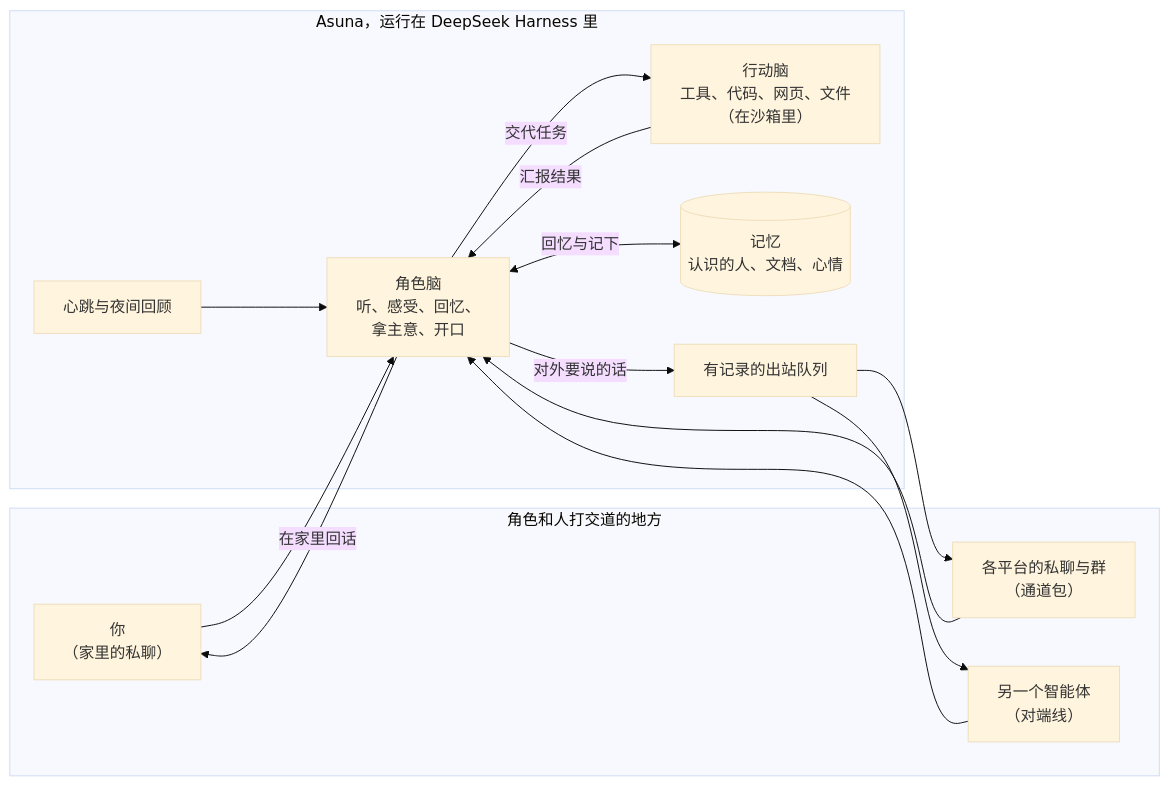
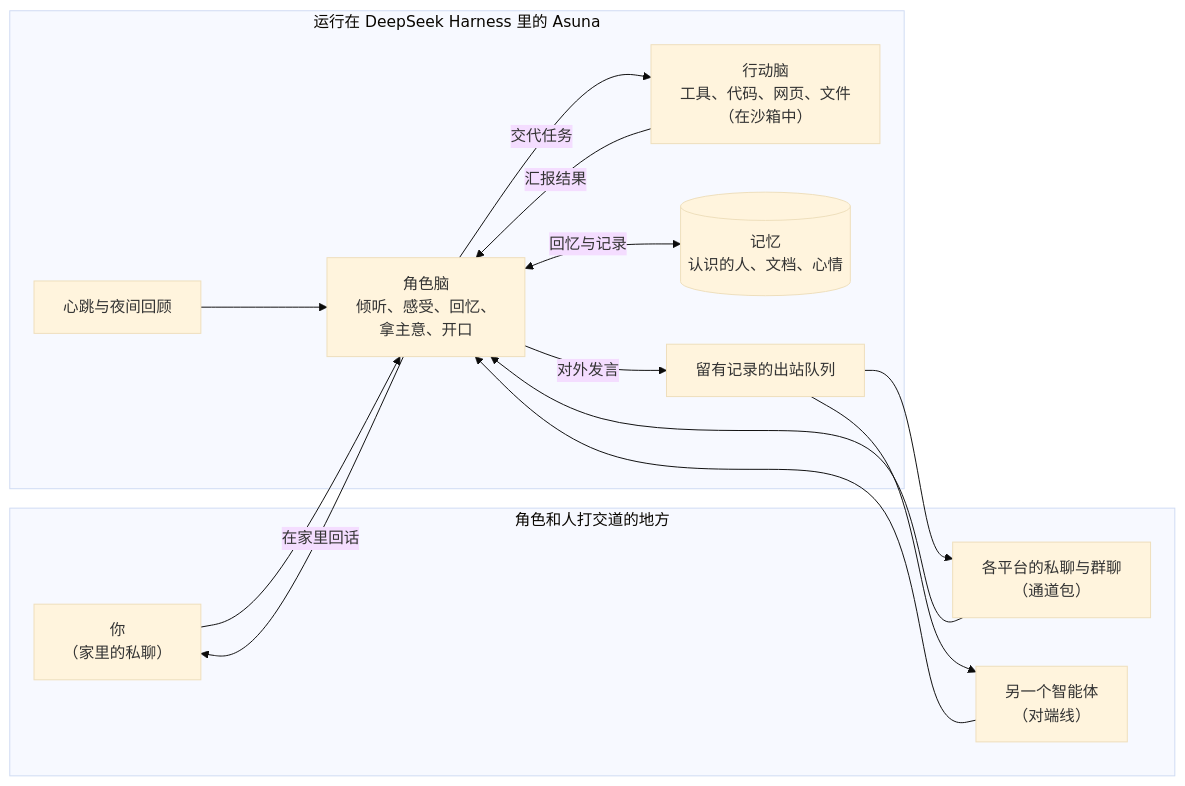
Before and after one commit to eamars/AsunaCognitionCore: the diagram in README_CN.md, drawn with Mermaid (base theme). The commit also changed other lines of this file and 1 other file, not shown here.

````diff
--- a/README_CN.md
+++ b/README_CN.md
@@ -57,26 +57,26 @@
 ```mermaid
 flowchart LR
   subgraph world["角色和人打交道的地方"]
     owner["你<br/>（家里的私聊）"]
-    chats["各平台的私聊与群<br/>（通道包）"]
+    chats["各平台的私聊与群聊<br/>（通道包）"]
     peer["另一个智能体<br/>（对端线）"]
   end
-  subgraph asuna["Asuna，运行在 DeepSeek Harness 里"]
+  subgraph asuna["运行在 DeepSeek Harness 里的 Asuna"]
     beat["心跳与夜间回顾"]
-    character["角色脑<br/>听、感受、回忆、<br/>拿主意、开口"]
-    action["行动脑<br/>工具、代码、网页、文件<br/>（在沙箱里）"]
+    character["角色脑<br/>倾听、感受、回忆、<br/>拿主意、开口"]
+    action["行动脑<br/>工具、代码、网页、文件<br/>（在沙箱中）"]
     memory[("记忆<br/>认识的人、文档、心情")]
-    outbox["有记录的出站队列"]
+    outbox["留有记录的出站队列"]
   end
   owner --> character
   chats --> character
   peer --> character
   beat --> character
-  character <-->|"回忆与记下"| memory
+  character <-->|"回忆与记录"| memory
   character -->|"交代任务"| action
   action -->|"汇报结果"| character
   character -->|"在家里回话"| owner
-  character -->|"对外要说的话"| outbox
+  character -->|"对外发言"| outbox
   outbox --> chats
   outbox --> peer
 ```
````
